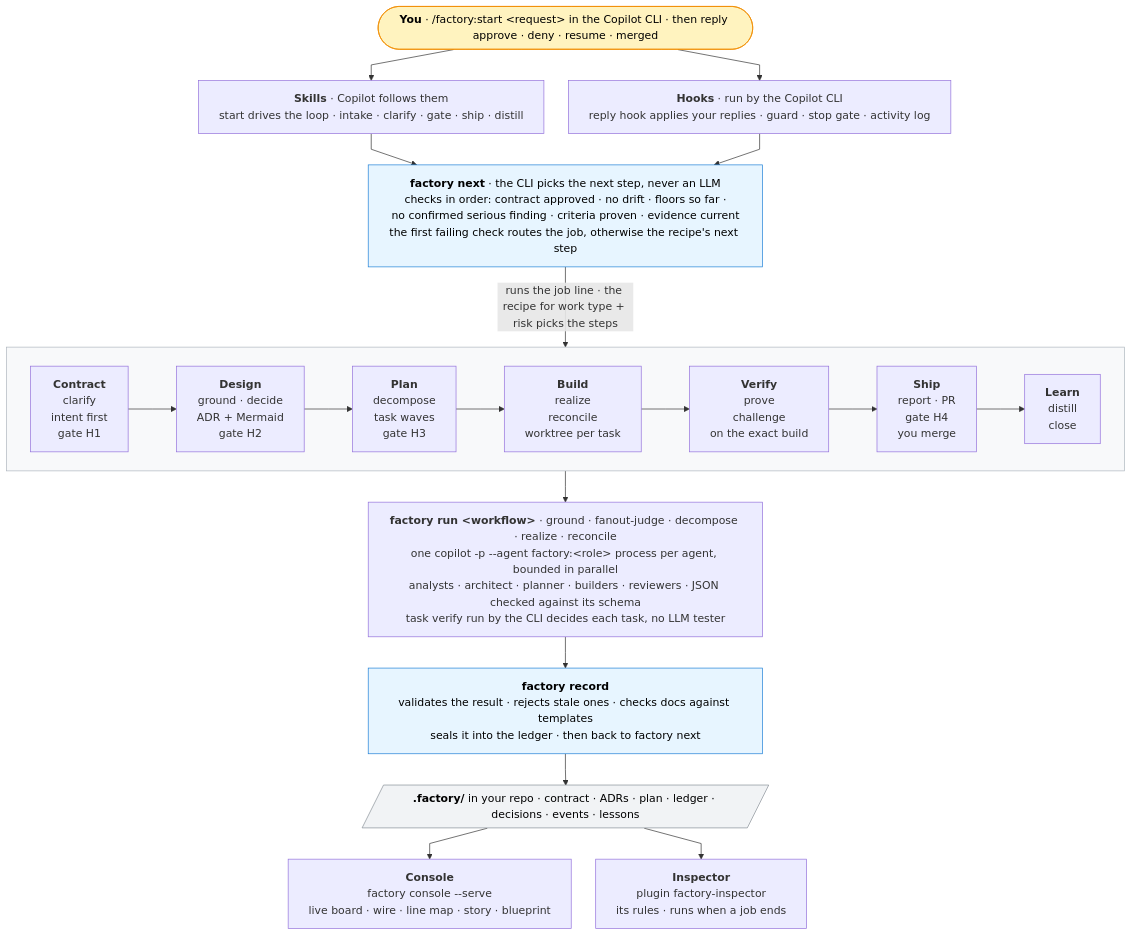
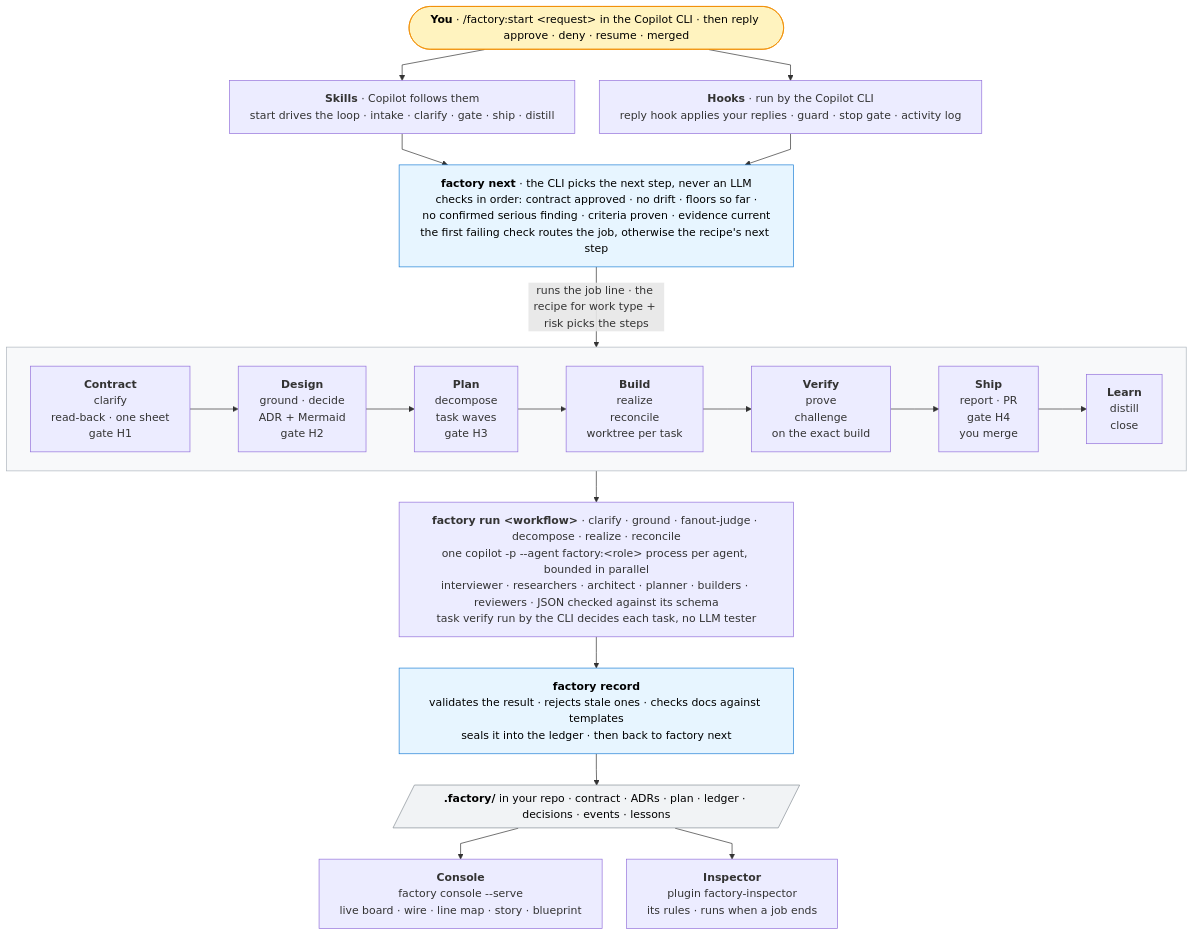
Before and after one commit to reshif/copilot-factory: the diagram in README.md, drawn with Mermaid. The commit also changed other lines of this file and 15 other files, not shown here.

````diff
--- a/README.md
+++ b/README.md
@@ -18,54 +18,54 @@
 ```mermaid
 ---
 config:
   flowchart:
     curve: linear
     nodeSpacing: 36
     rankSpacing: 46
     wrappingWidth: 520
 ---
 flowchart TB
   you(["<b>You</b> · /factory:start &lt;request&gt; in the Copilot CLI · then reply approve · deny · resume · merged"]):::human
 
   skills["<b>Skills</b> · Copilot follows them<br/>start drives the loop · intake · clarify · gate · ship · distill"]
   hooks["<b>Hooks</b> · run by the Copilot CLI<br/>reply hook applies your replies · guard · stop gate · activity log"]
 
   router["<b>factory next</b> · the CLI picks the next step, never an LLM<br/>checks in order: contract approved · no drift · floors so far ·<br/>no confirmed serious finding · criteria proven · evidence current<br/>the first failing check routes the job, otherwise the recipe's next step"]:::cli
 
   subgraph line[" "]
     direction LR
-    s1["<b>Contract</b><br/>clarify<br/>intent first<br/>gate H1"]
+    s1["<b>Contract</b><br/>clarify<br/>read-back · one sheet<br/>gate H1"]
     s2["<b>Design</b><br/>ground · decide<br/>ADR + Mermaid<br/>gate H2"]
     s3["<b>Plan</b><br/>decompose<br/>task waves<br/>gate H3"]
     s4["<b>Build</b><br/>realize<br/>reconcile<br/>worktree per task"]
     s5["<b>Verify</b><br/>prove<br/>challenge<br/>on the exact build"]
     s6["<b>Ship</b><br/>report · PR<br/>gate H4<br/>you merge"]
     s7["<b>Learn</b><br/>distill<br/>close"]
     s1 --> s2 --> s3 --> s4 --> s5 --> s6 --> s7
   end
 
-  run["<b>factory run &lt;workflow&gt;</b> · ground · fanout-judge · decompose · realize · reconcile<br/>one copilot -p --agent factory:&lt;role&gt; process per agent, bounded in parallel<br/>analysts · architect · planner · builders · reviewers · JSON checked against its schema<br/>task verify run by the CLI decides each task, no LLM tester"]
+  run["<b>factory run &lt;workflow&gt;</b> · clarify · ground · fanout-judge · decompose · realize · reconcile<br/>one copilot -p --agent factory:&lt;role&gt; process per agent, bounded in parallel<br/>interviewer · researchers · architect · planner · builders · reviewers · JSON checked against its schema<br/>task verify run by the CLI decides each task, no LLM tester"]
 
   record["<b>factory record</b><br/>validates the result · rejects stale ones · checks docs against templates<br/>seals it into the ledger · then back to factory next"]:::cli
 
   store[/"<b>.factory/</b> in your repo · contract · ADRs · plan · ledger · decisions · events · lessons"/]:::art
 
   console["<b>Console</b><br/>factory console --serve<br/>live board · wire · line map · story · blueprint"]
   inspector["<b>Inspector</b><br/>plugin factory-inspector<br/>its rules · runs when a job ends"]
 
   you --> skills
   you --> hooks
   skills --> router
   hooks --> router
   router -->|"runs the job line · the recipe for work type + risk picks the steps"| line
   line --> run
   run --> record
   record --> store
   store --> console
   store --> inspector
 
   classDef human fill:#fff3bf,stroke:#f08c00,color:#000
   classDef cli fill:#e7f5ff,stroke:#1c7ed6,color:#000
   classDef art fill:#f1f3f5,stroke:#868e96,color:#000
   style line fill:#f8f9fa,stroke:#adb5bd
 ```
````
